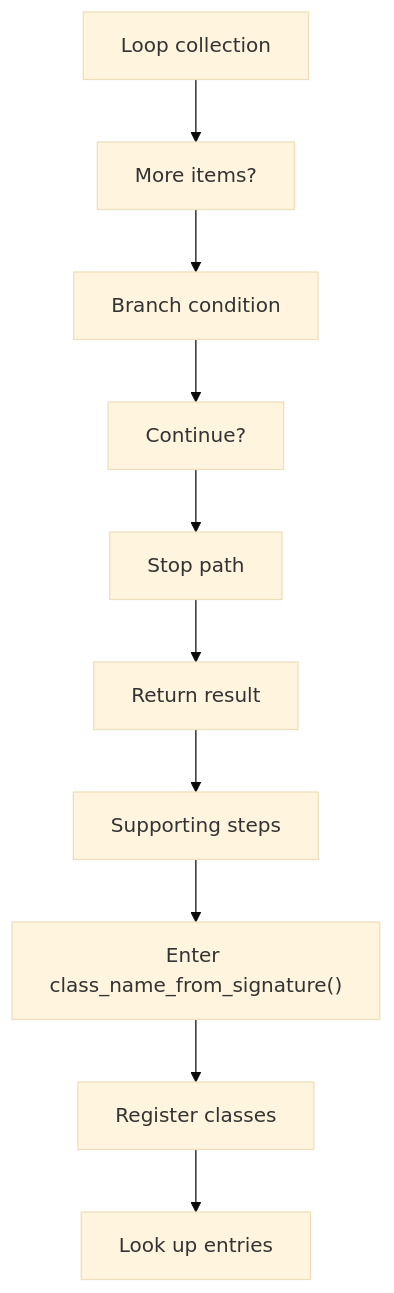
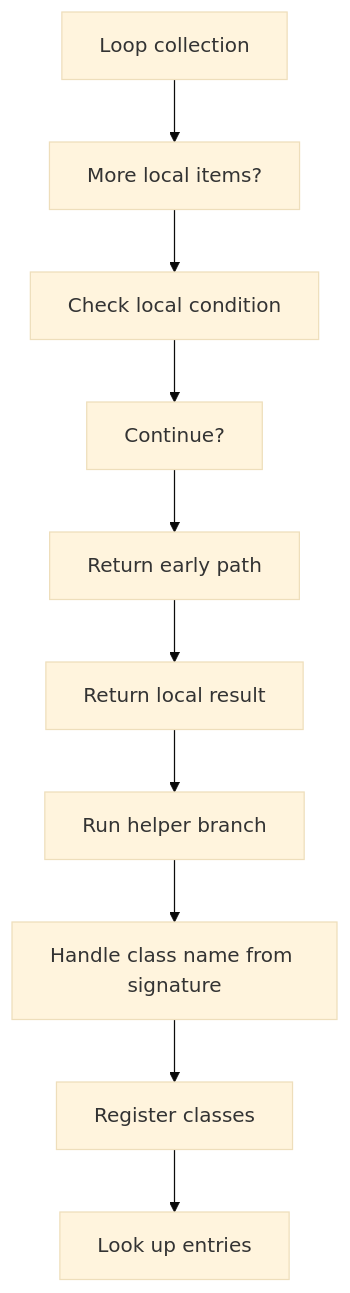
One commit to JohnAndrewBalbarosa/NeoTerritory changed the third of 9 diagrams in docs/Codebase/Microservice/Modules/Source/HashingMechanism/HashLinks/Common/Flow/hash_links_common_program_flow.cpp.md. Above: the diagram before and after it, drawn with Mermaid (base theme). The commit also changed other lines of this file and 925 other files, not shown here.

````diff
--- a/docs/Codebase/Microservice/Modules/Source/HashingMechanism/HashLinks/Common/Flow/hash_links_common_program_flow.cpp.md
+++ b/docs/Codebase/Microservice/Modules/Source/HashingMechanism/HashLinks/Common/Flow/hash_links_common_program_flow.cpp.md
@@ -67,22 +67,22 @@
 ```mermaid
 flowchart TD
     N0["Loop collection"]
-    N1["More items?"]
-    N2["Branch condition"]
+    N1["More local items?"]
+    N2["Check local condition"]
     N3["Continue?"]
-    N4["Stop path"]
-    N5["Return result"]
-    N6["Supporting steps"]
-    N7["Enter class_name_from_signature()"]
+    N4["Return early path"]
+    N5["Return local result"]
+    N6["Run helper branch"]
+    N7["Handle class name from signature"]
     N8["Register classes"]
     N9["Look up entries"]
     N0 --> N1
     N1 --> N2
     N2 --> N3
     N3 --> N4
     N4 --> N5
     N5 --> N6
     N6 --> N7
     N7 --> N8
     N8 --> N9
 ```
````
